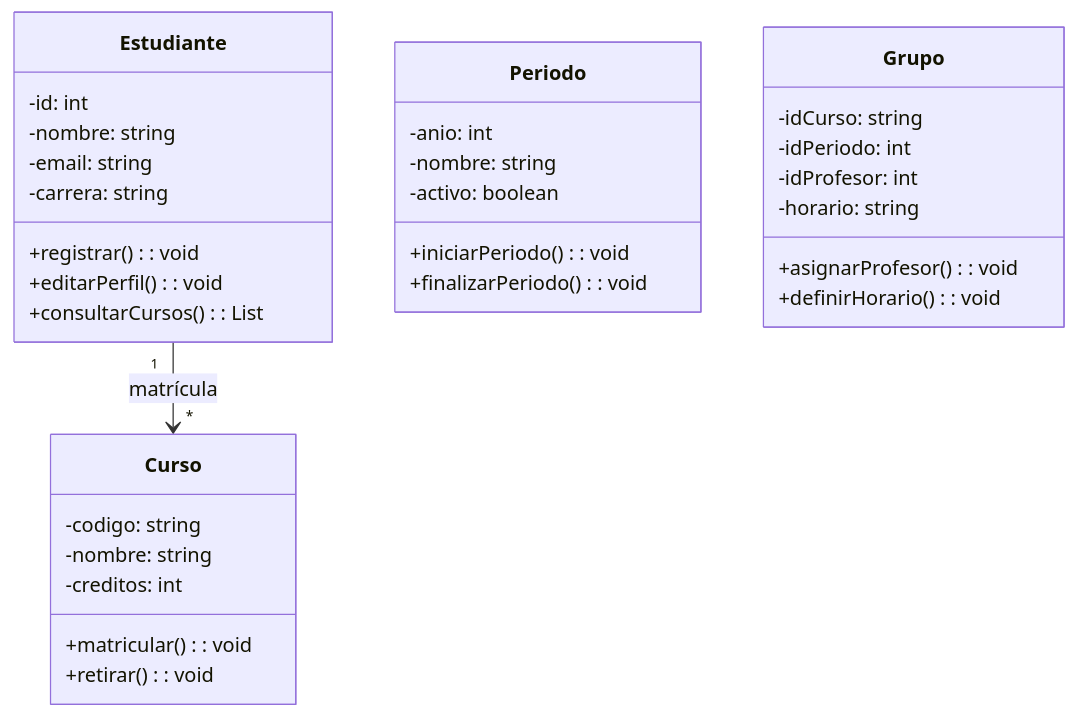
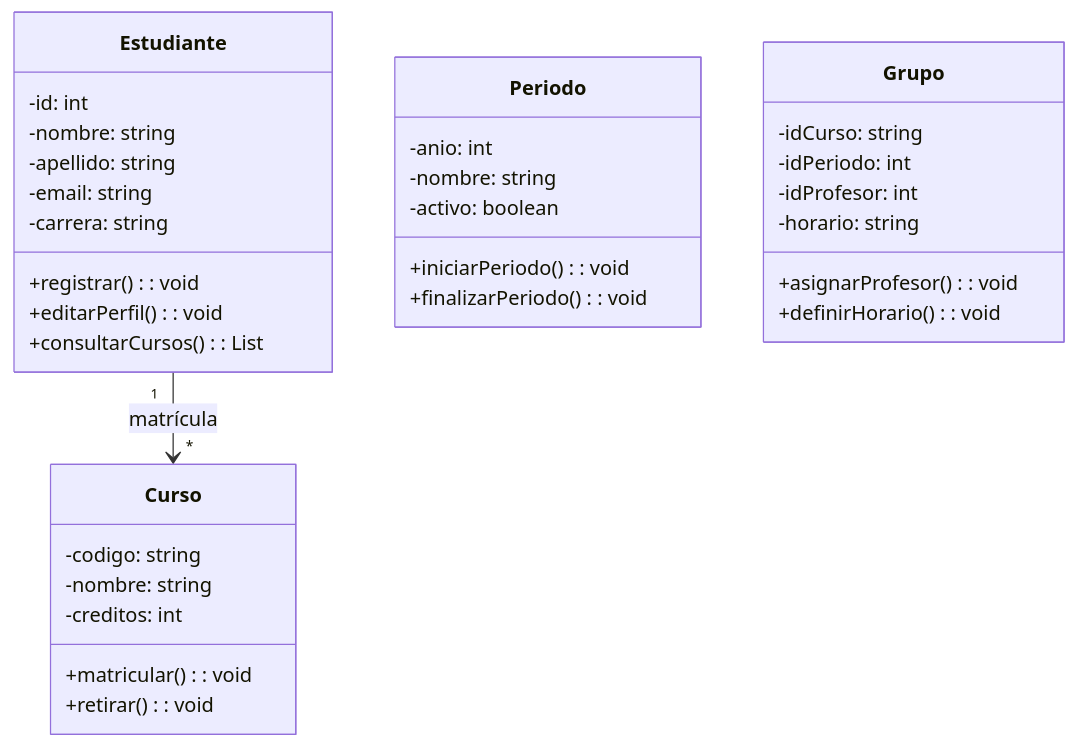
One commit to eam-cr/Programacion-internet changed the diagram in classDiagram.mmd. Above: the diagram before and after it, drawn with Mermaid.

Commit message:
Reenombrar # Please enter the commit message for your changes. Lines starting

```diff
--- a/classDiagram.mmd
+++ b/classDiagram.mmd
@@ -1,37 +1,38 @@
 classDiagram
     class Estudiante {
         -id: int
         -nombre: string
+        -apellido: string
         -email: string
         -carrera: string
         +registrar(): void
         +editarPerfil(): void
         +consultarCursos(): List<Curso>
     }
 
     class Curso {
         -codigo: string
         -nombre: string
         -creditos: int
         +matricular(): void
         +retirar(): void
     }
 
     Estudiante "1" --> "*" Curso : matrícula
 
     class Periodo {
         -anio: int
         -nombre: string
         -activo: boolean
         +iniciarPeriodo(): void
         +finalizarPeriodo(): void
     }
 
     class Grupo {
         -idCurso: string
         -idPeriodo: int
         -idProfesor: int
         -horario: string
         +asignarProfesor(): void
         +definirHorario(): void
     }
```
